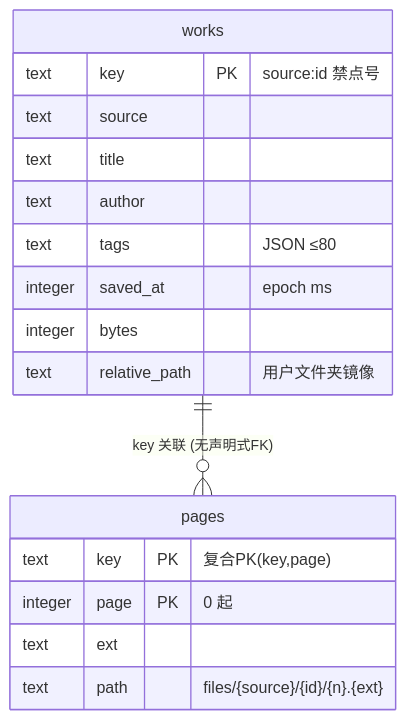
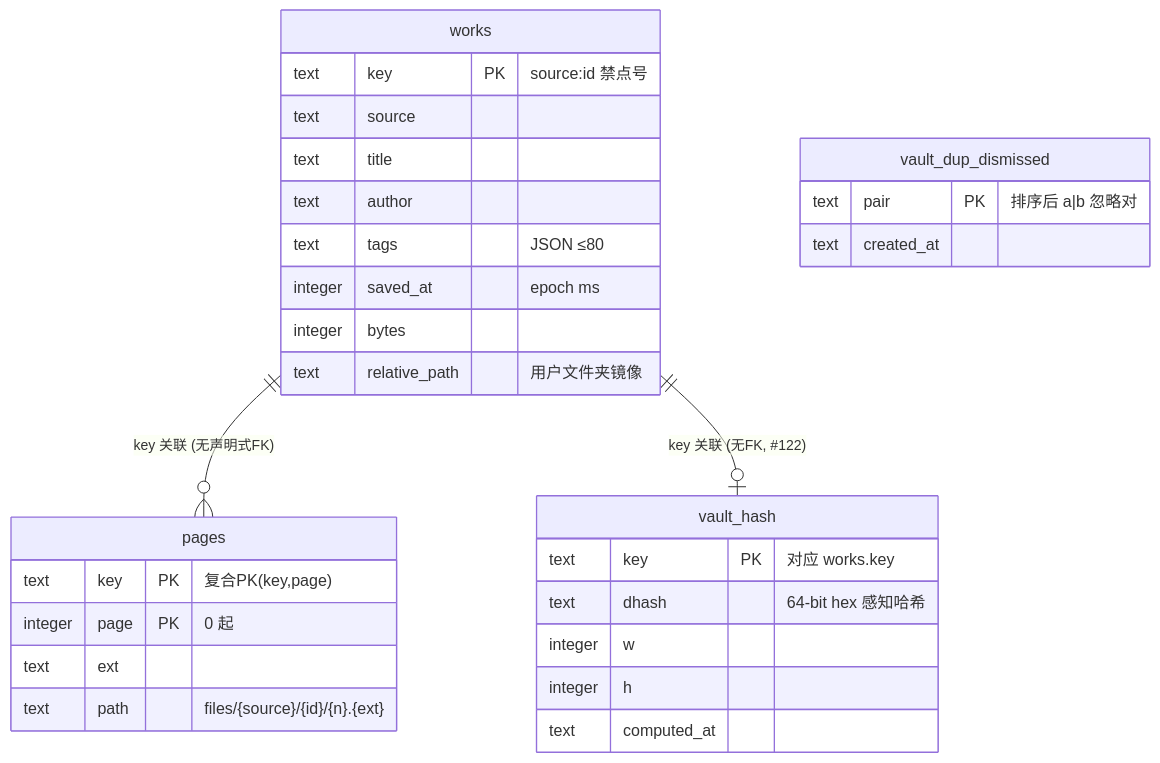
Before and after one commit to Atsukiizumi/Kami-paperbox: the second of 4 diagrams in docs/diagrams/ER图.md, drawn with Mermaid. The commit also changed other lines of this file and 28 other files, not shown here.

````diff
--- a/docs/diagrams/ER图.md
+++ b/docs/diagrams/ER图.md
@@ -61,21 +61,33 @@
 ```mermaid
 erDiagram
   works ||--o{ pages : "key 关联 (无声明式FK)"
+  works ||--o| vault_hash : "key 关联 (无FK, #122)"
 
   works {
     text key PK "source:id 禁点号"
     text source
     text title
     text author
     text tags "JSON ≤80"
     integer saved_at "epoch ms"
     integer bytes
     text relative_path "用户文件夹镜像"
   }
   pages {
     text key PK "复合PK(key,page)"
     integer page PK "0 起"
     text ext
     text path "files/{source}/{id}/{n}.{ext}"
   }
+  vault_hash {
+    text key PK "对应 works.key"
+    text dhash "64-bit hex 感知哈希"
+    integer w
+    integer h
+    text computed_at
+  }
+  vault_dup_dismissed {
+    text pair PK "排序后 a|b 忽略对"
+    text created_at
+  }
 ```
````
